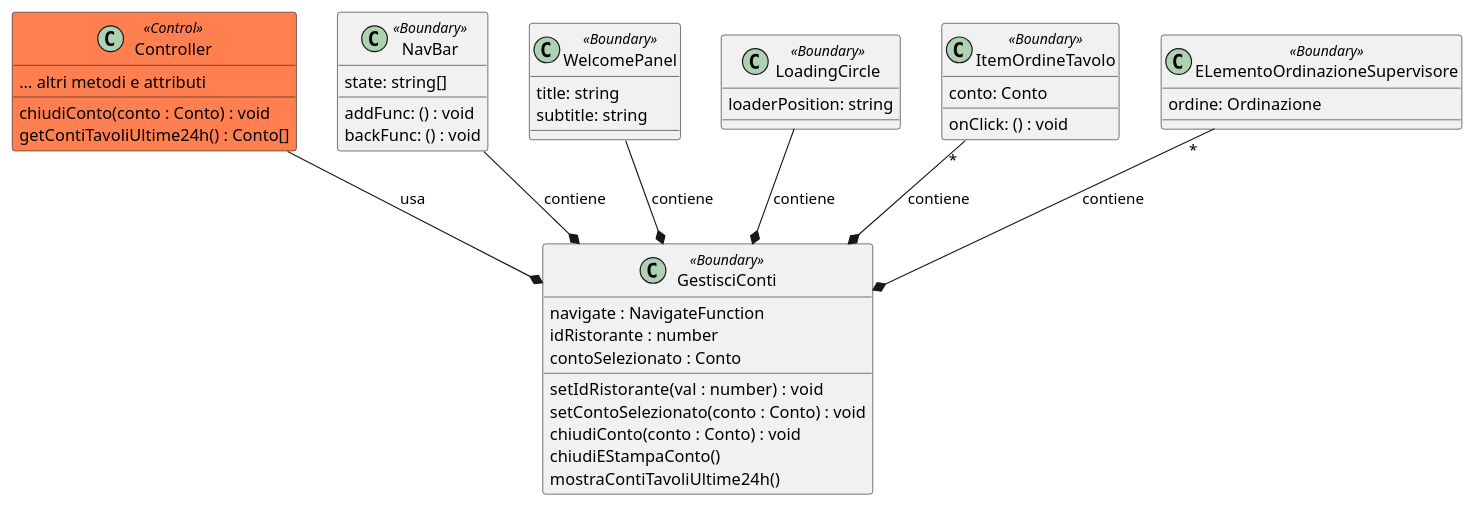
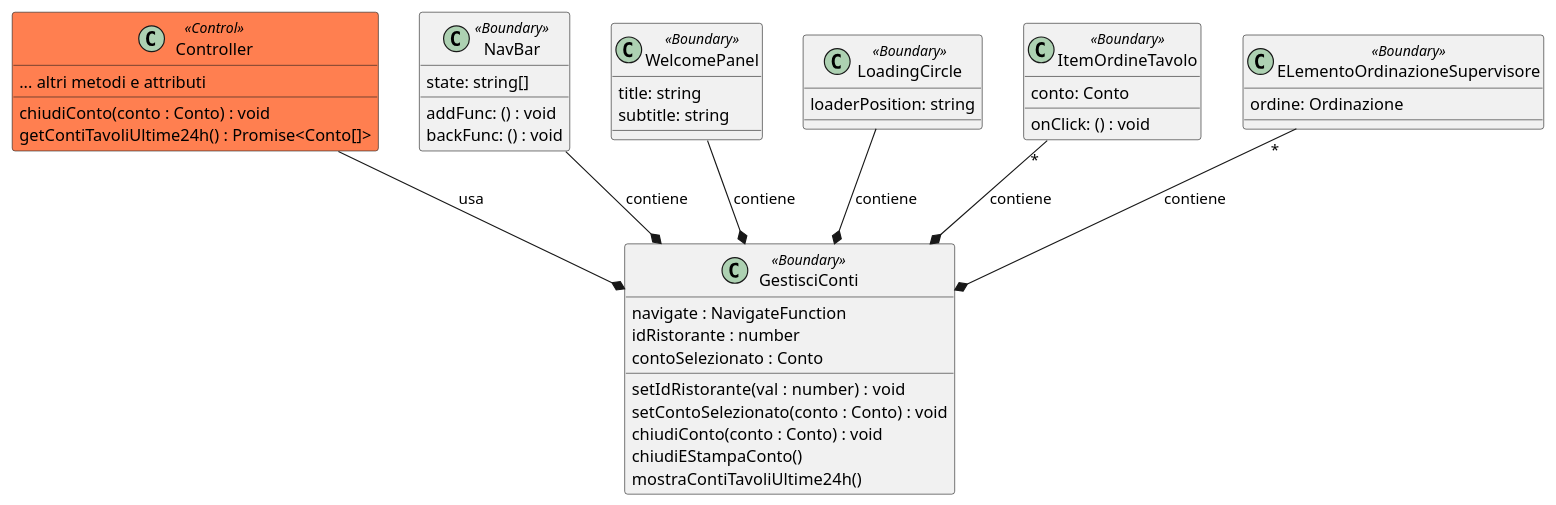
One commit to macro21KGB/Esame-INGSW-22-23 changed the diagram in diagrams/PUML/routes/GestisciConti.puml. Above: the diagram before and after it, drawn with PlantUML. The commit also changed 7 other files, not shown here.

```diff
--- a/diagrams/PUML/routes/GestisciConti.puml
+++ b/diagrams/PUML/routes/GestisciConti.puml
@@ -1,63 +1,63 @@
 @startuml
 
 
 class Controller <<Control>> #coral{
 ... altri metodi e attributi
 chiudiConto(conto : Conto) : void
-getContiTavoliUltime24h() : Conto[]
+getContiTavoliUltime24h() : Promise<Conto[]>
 }
 
 class GestisciConti<<Boundary>> {
 navigate : NavigateFunction
 idRistorante : number
 setIdRistorante(val : number)  : void
 contoSelezionato : Conto
 setContoSelezionato(conto : Conto) : void
 chiudiConto(conto : Conto) : void
 chiudiEStampaConto()
 mostraContiTavoliUltime24h()
 }
 
 
 class NavBar <<Boundary>> {
 
 	addFunc: () : void
 	backFunc: () : void
 	state: string[]
 }
 
 
 
 class WelcomePanel <<Boundary>> {
 
     title: string
     subtitle: string
 
 }
 
 class LoadingCircle <<Boundary>> {
 
 	loaderPosition: string
 
 }
 
 
 class ItemOrdineTavolo <<Boundary>> {
 
     conto: Conto
     onClick: () : void
 
 }
 class ELementoOrdinazioneSupervisore <<Boundary>> {
 
     ordine: Ordinazione
 
 }
 ELementoOrdinazioneSupervisore "*"--* GestisciConti: contiene
 ItemOrdineTavolo "*"--* GestisciConti: contiene
 
 WelcomePanel--* GestisciConti: contiene
 NavBar --* GestisciConti: contiene
 LoadingCircle --* GestisciConti: contiene
 Controller --* GestisciConti: usa
 @enduml
```
